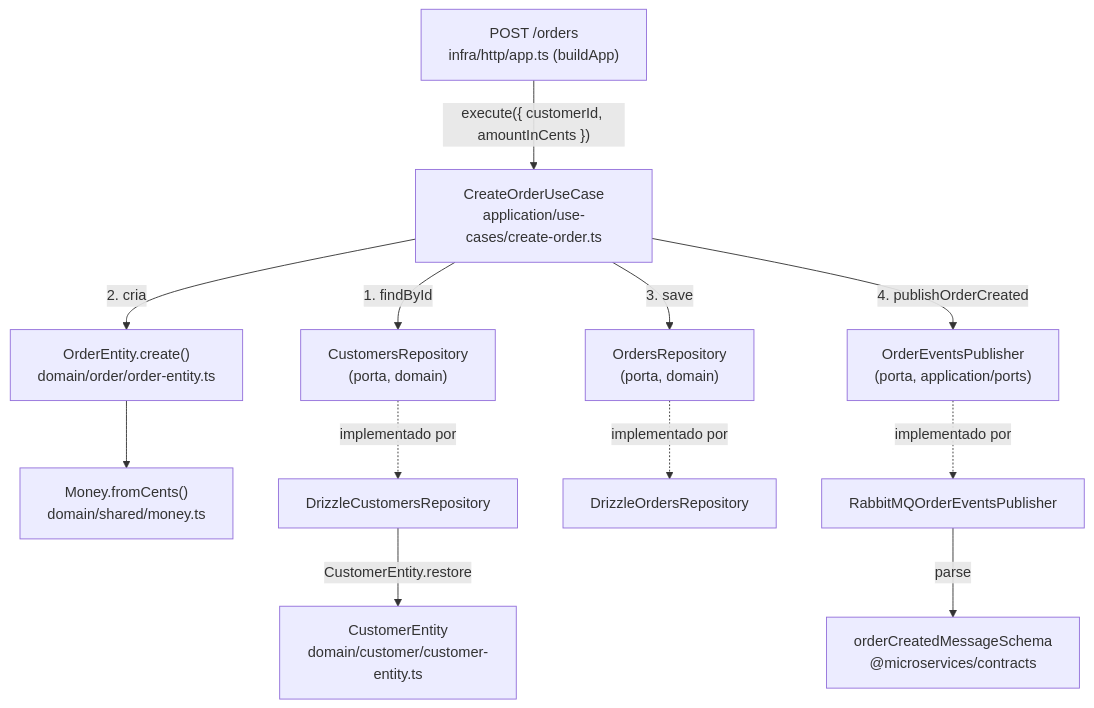
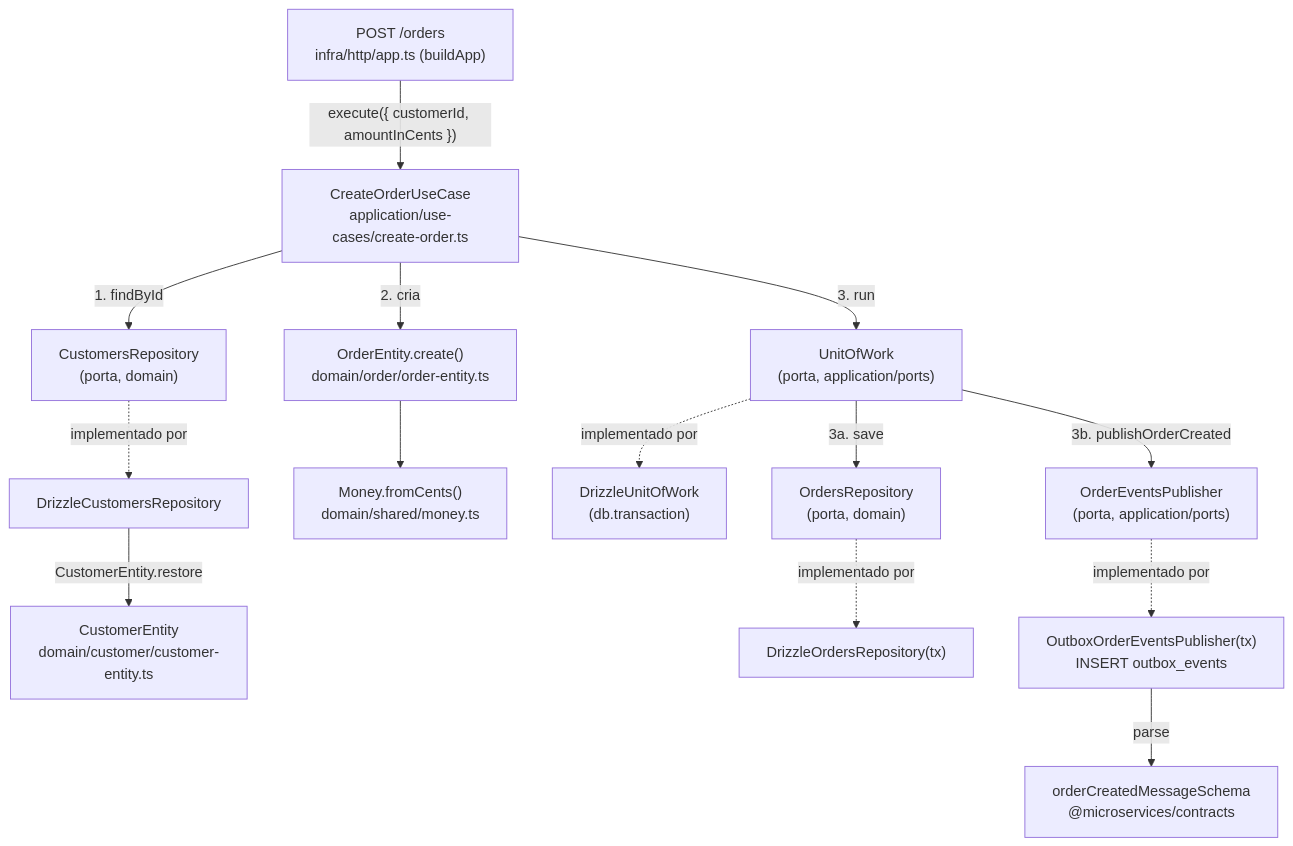
The second of 2 diagrams in ARCHITECTURE.md (alessandroquintas/microsservicos-nodejs), drawn with Mermaid before and after one commit. The commit also changed other lines of this file and 24 other files, not shown here.

````diff
--- a/ARCHITECTURE.md
+++ b/ARCHITECTURE.md
@@ -184,27 +178,31 @@
 ```mermaid
 flowchart TD
     route["POST /orders<br/>infra/http/app.ts (buildApp)"]
     uc["CreateOrderUseCase<br/>application/use-cases/create-order.ts"]
     custRepo["CustomersRepository<br/>(porta, domain)"]
+    uow["UnitOfWork<br/>(porta, application/ports)"]
     ordRepo["OrdersRepository<br/>(porta, domain)"]
     pub["OrderEventsPublisher<br/>(porta, application/ports)"]
     order["OrderEntity.create()<br/>domain/order/order-entity.ts"]
     money["Money.fromCents()<br/>domain/shared/money.ts"]
     custEnt["CustomerEntity<br/>domain/customer/customer-entity.ts"]
     drizzleCust["DrizzleCustomersRepository"]
-    drizzleOrd["DrizzleOrdersRepository"]
-    rabbitPub["RabbitMQOrderEventsPublisher"]
+    drizzleUow["DrizzleUnitOfWork<br/>(db.transaction)"]
+    drizzleOrd["DrizzleOrdersRepository(tx)"]
+    outboxPub["OutboxOrderEventsPublisher(tx)<br/>INSERT outbox_events"]
     contract["orderCreatedMessageSchema<br/>@microservices/contracts"]
 
     route -->|"execute({ customerId, amountInCents })"| uc
     uc -->|"1. findById"| custRepo
     custRepo -.implementado por.-> drizzleCust
     drizzleCust -->|CustomerEntity.restore| custEnt
     uc -->|"2. cria"| order
     order --> money
-    uc -->|"3. save"| ordRepo
+    uc -->|"3. run"| uow
+    uow -.implementado por.-> drizzleUow
+    uow -->|"3a. save"| ordRepo
     ordRepo -.implementado por.-> drizzleOrd
-    uc -->|"4. publishOrderCreated"| pub
-    pub -.implementado por.-> rabbitPub
-    rabbitPub -->|parse| contract
+    uow -->|"3b. publishOrderCreated"| pub
+    pub -.implementado por.-> outboxPub
+    outboxPub -->|parse| contract
 ```
````
